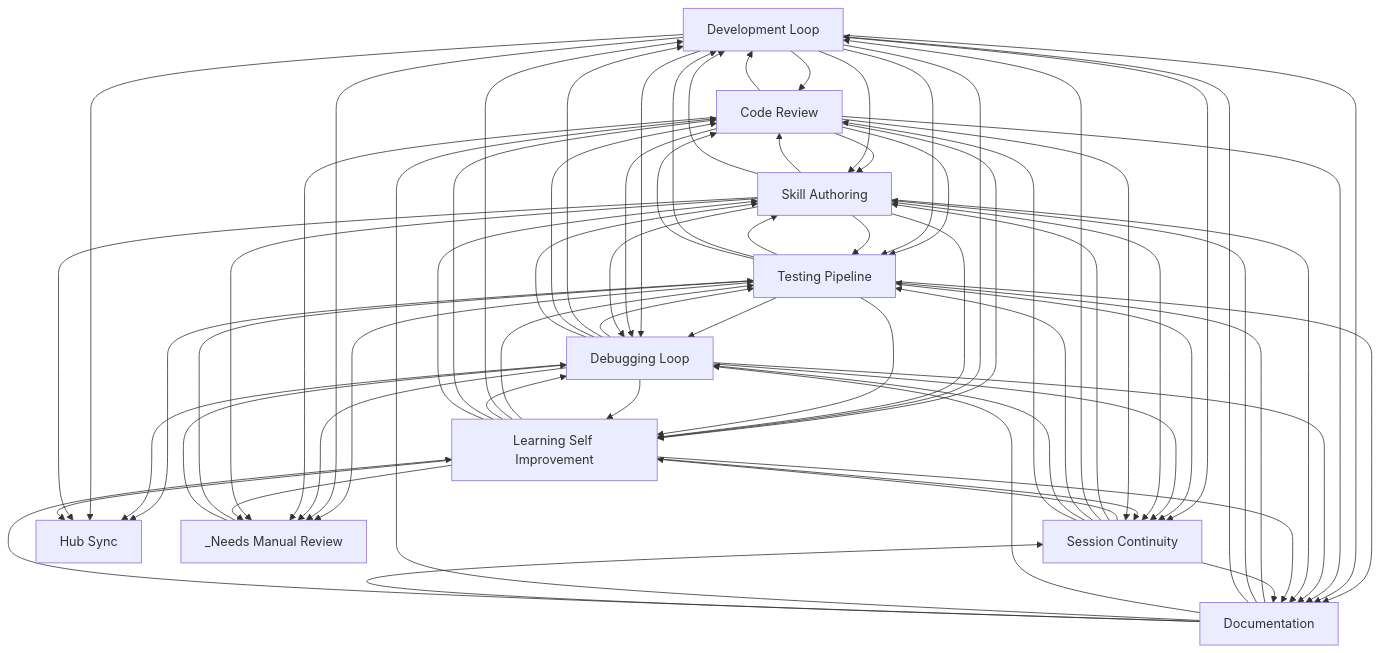
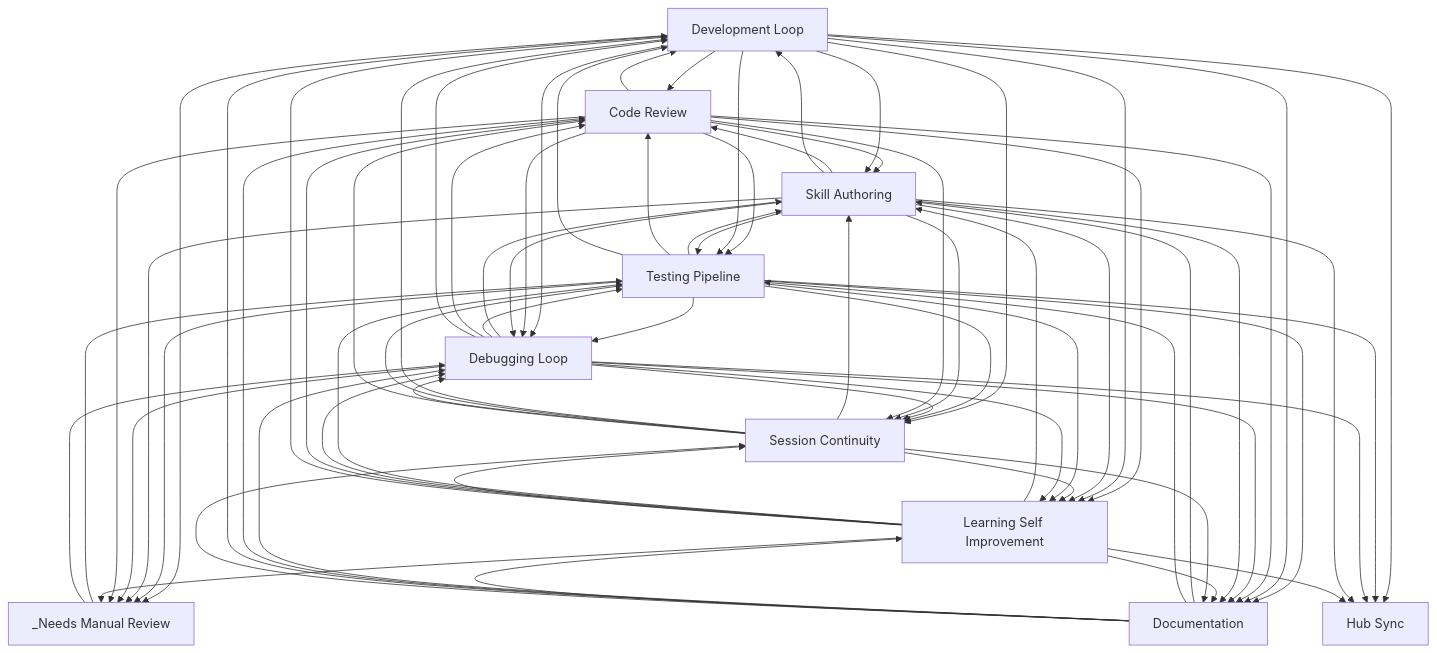
One commit to abhayla/claude-best-practices changed the diagram in docs/workflows/INDEX.md. Above: the diagram before and after it, drawn with Mermaid. The commit also changed other lines of this file and 12 other files, not shown here.

````diff
--- a/docs/workflows/INDEX.md
+++ b/docs/workflows/INDEX.md
@@ -22,82 +22,82 @@
 ```mermaid
 graph TD
     development_loop[Development Loop]
     testing_pipeline[Testing Pipeline]
     debugging_loop[Debugging Loop]
     learning_self_improvement[Learning Self Improvement]
     session_continuity[Session Continuity]
     skill_authoring[Skill Authoring]
     code_review[Code Review]
     documentation[Documentation]
     hub_sync[Hub Sync]
     _needs_manual_review[_Needs Manual Review]
+    documentation --> skill_authoring
     documentation --> testing_pipeline
-    documentation --> skill_authoring
+    code_review --> development_loop
     code_review --> skill_authoring
-    code_review --> development_loop
     development_loop --> code_review
     development_loop --> skill_authoring
+    code_review --> learning_self_improvement
     code_review --> testing_pipeline
-    code_review --> learning_self_improvement
+    development_loop --> learning_self_improvement
     development_loop --> testing_pipeline
-    development_loop --> learning_self_improvement
+    skill_authoring --> testing_pipeline
     testing_pipeline --> skill_authoring
-    skill_authoring --> testing_pipeline
-    testing_pipeline --> development_loop
     testing_pipeline --> debugging_loop
     testing_pipeline --> code_review
+    testing_pipeline --> development_loop
     testing_pipeline --> documentation
+    debugging_loop --> skill_authoring
     debugging_loop --> testing_pipeline
+    debugging_loop --> code_review
     debugging_loop --> development_loop
-    debugging_loop --> code_review
-    debugging_loop --> skill_authoring
     development_loop --> debugging_loop
     development_loop --> documentation
     skill_authoring --> code_review
     skill_authoring --> development_loop
     skill_authoring --> learning_self_improvement
+    development_loop --> _needs_manual_review
     testing_pipeline --> _needs_manual_review
-    development_loop --> _needs_manual_review
-    code_review --> debugging_loop
-    documentation --> development_loop
     documentation --> debugging_loop
     documentation --> code_review
+    documentation --> development_loop
+    code_review --> debugging_loop
     code_review --> documentation
+    development_loop --> session_continuity
     session_continuity --> learning_self_improvement
-    development_loop --> session_continuity
     _needs_manual_review --> testing_pipeline
+    testing_pipeline --> session_continuity
     testing_pipeline --> learning_self_improvement
-    testing_pipeline --> session_continuity
+    debugging_loop --> session_continuity
     debugging_loop --> learning_self_improvement
-    debugging_loop --> session_continuity
     debugging_loop --> documentation
     documentation --> learning_self_improvement
     skill_authoring --> session_continuity
     skill_authoring --> debugging_loop
     _needs_manual_review --> debugging_loop
+    learning_self_improvement --> skill_authoring
     learning_self_improvement --> testing_pipeline
-    learning_self_improvement --> development_loop
     learning_self_improvement --> debugging_loop
     learning_self_improvement --> code_review
-    learning_self_improvement --> skill_authoring
+    learning_self_improvement --> development_loop
+    skill_authoring --> _needs_manual_review
     debugging_loop --> _needs_manual_review
     code_review --> _needs_manual_review
-    skill_authoring --> _needs_manual_review
     skill_authoring --> documentation
     learning_self_improvement --> session_continuity
     code_review --> session_continuity
     session_continuity --> skill_authoring
     learning_self_improvement --> documentation
     session_continuity --> development_loop
     session_continuity --> testing_pipeline
     session_continuity --> debugging_loop
     session_continuity --> documentation
     session_continuity --> code_review
+    development_loop --> hub_sync
     testing_pipeline --> hub_sync
     debugging_loop --> hub_sync
-    development_loop --> hub_sync
     skill_authoring --> hub_sync
     learning_self_improvement --> hub_sync
     learning_self_improvement --> _needs_manual_review
     documentation --> session_continuity
 ```
````
